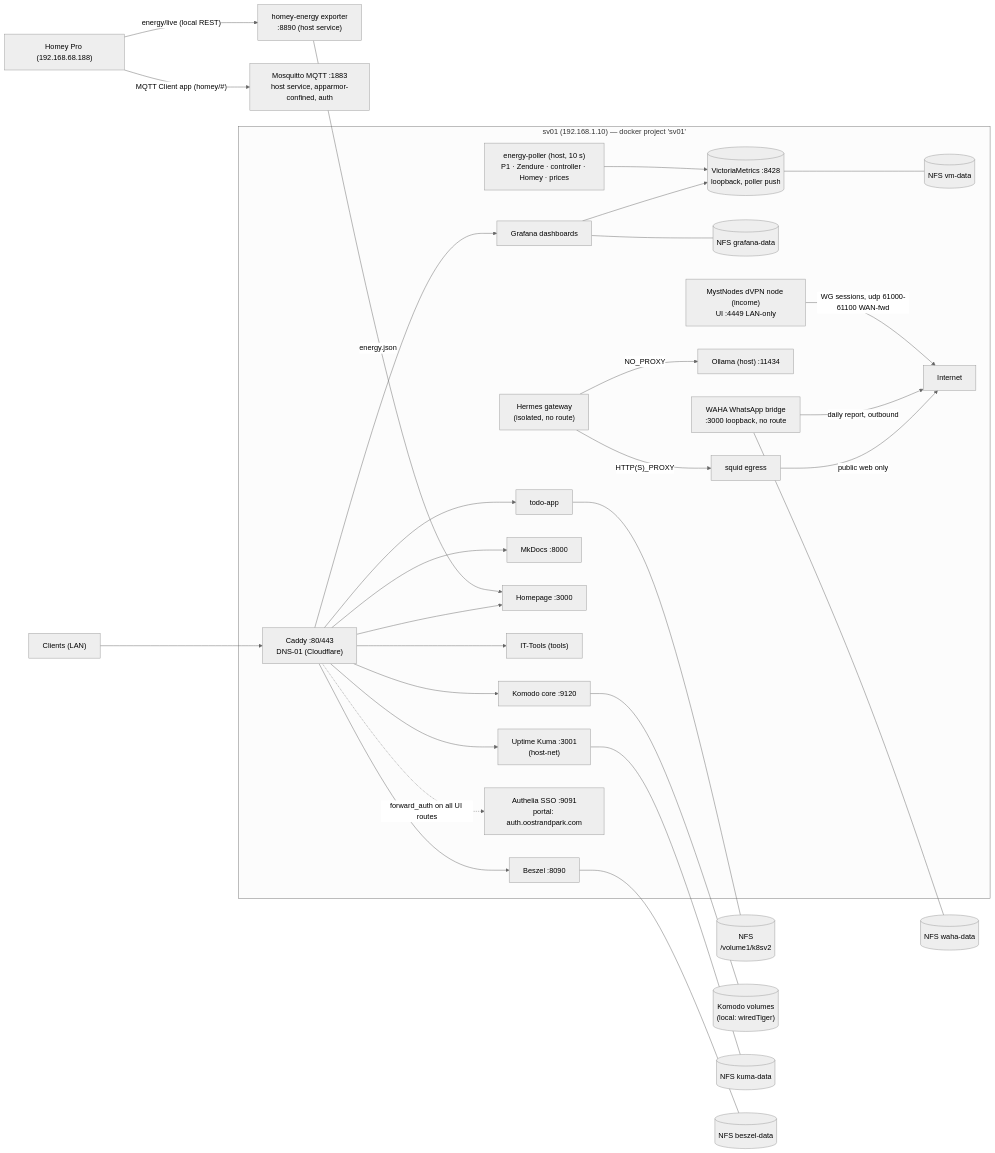
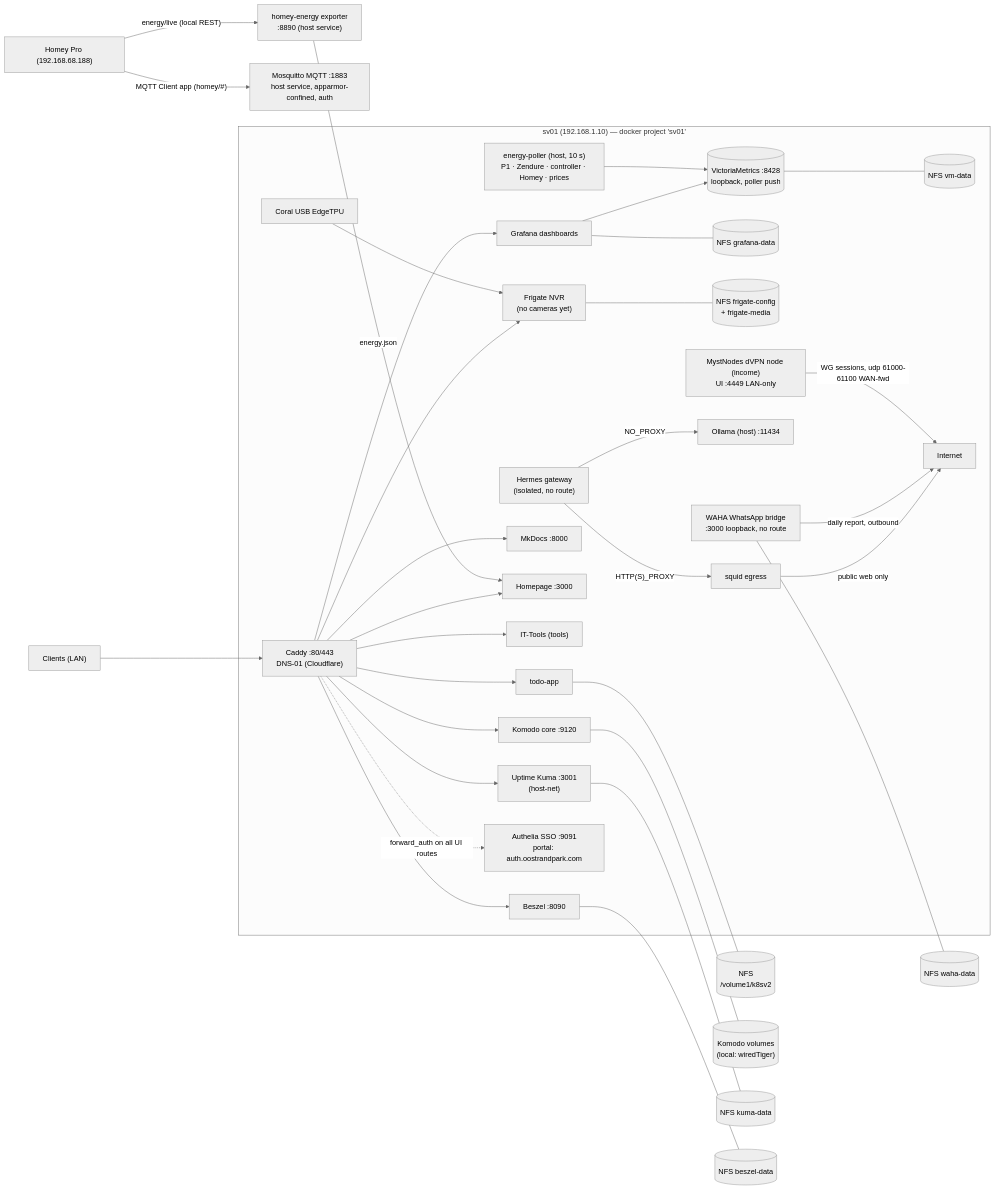
The diagram in docs/index.md (RKruit/k3s-gitops), drawn with Mermaid (neutral theme) before and after one commit. The commit also changed other lines of this file and 9 other files, not shown here.

First line of the commit message:
sv01: add Frigate NVR (Coral EdgeTPU, detector-only) + frigate route + docs

````diff
--- a/docs/index.md
+++ b/docs/index.md
@@ -30,33 +30,36 @@
 ```mermaid
 flowchart LR
     user["Clients (LAN)"] --> caddy
     subgraph sv01["sv01 (192.168.1.10) — docker project 'sv01'"]
         caddy["Caddy :80/443<br>DNS-01 (Cloudflare)"] --> todo["todo-app"]
         caddy --> komodo["Komodo core :9120"]
         caddy --> kuma["Uptime Kuma :3001<br>(host-net)"]
         caddy --> beszel["Beszel :8090"]
         caddy --> docs_site["MkDocs :8000"]
         caddy --> homepage["Homepage :3000"]
         caddy --> ittools["IT-Tools (tools)"]
         caddy --> grafana["Grafana dashboards"]
+        caddy --> frigate["Frigate NVR<br>(no cameras yet)"]
+        coralusb["Coral USB EdgeTPU"] --> frigate
         grafana --> vm[("VictoriaMetrics :8428<br>loopback, poller push")]
         poller["energy-poller (host, 10 s)<br>P1 · Zendure · controller · Homey · prices"] --> vm
         vm --- v6[("NFS vm-data")]
         grafana --- v7[("NFS grafana-data")]
+        frigate --- v8[("NFS frigate-config<br>+ frigate-media")]
         caddy -. "forward_auth on all UI routes" .-> authelia["Authelia SSO :9091<br>portal: auth.oostrandpark.com"]
         hermes["Hermes gateway<br>(isolated, no route)"] -- "HTTP(S)_PROXY" --> squid["squid egress"]
         squid -- "public web only" --> net["Internet"]
         hermes -- "NO_PROXY" --> ollama["Ollama (host) :11434"]
         waha["WAHA WhatsApp bridge<br>:3000 loopback, no route"] -- "daily report, outbound" --> net
         myst["MystNodes dVPN node (income)<br>UI :4449 LAN-only"] -- "WG sessions, udp 61000-61100 WAN-fwd" --> net
     end
     mosq["Mosquitto MQTT :1883<br>host service, apparmor-confined, auth"]
     homey["Homey Pro (192.168.68.188)"] -- "MQTT Client app (homey/#)" --> mosq
     homey -- "energy/live (local REST)" --> exp["homey-energy exporter<br>:8890 (host service)"]
     exp -- "energy.json" --> homepage
     todo --- v1[("NFS<br>/volume1/k8sv2")]
     komodo --- v2[("Komodo volumes<br>(local: wiredTiger)")]
     kuma --- v3[("NFS kuma-data")]
     beszel --- v4[("NFS beszel-data")]
     waha --- v5[("NFS waha-data")]
 ```
````
